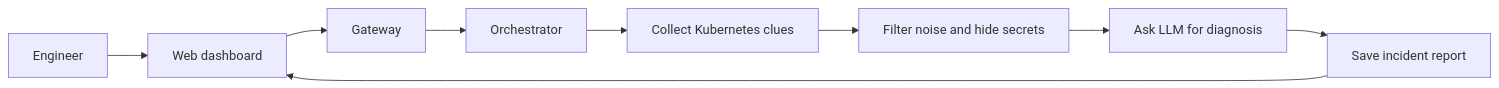
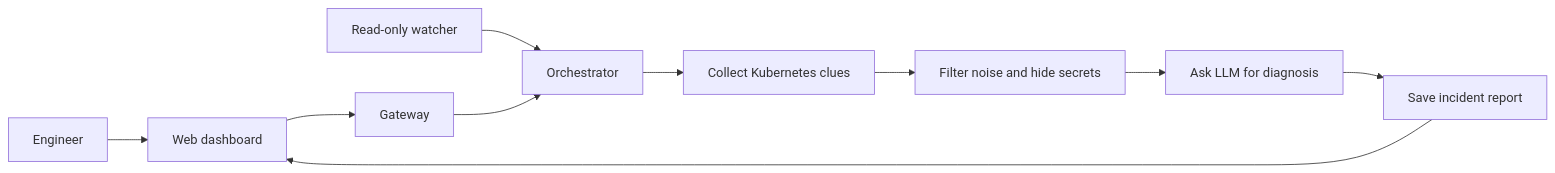
The diagram in docs/ONE-PAGE-OVERVIEW.md (1hirak/k8s-llm-incident-analyser-v2), drawn with Mermaid before and after one commit. The commit also changed other lines of this file and 9 other files, not shown here.

````diff
--- a/docs/ONE-PAGE-OVERVIEW.md
+++ b/docs/ONE-PAGE-OVERVIEW.md
@@ -24,11 +26,12 @@
 ```mermaid
 flowchart LR
     User[Engineer] --> UI[Web dashboard]
+    Watcher[Read-only watcher] --> Orchestrator
     UI --> Gateway[Gateway]
     Gateway --> Orchestrator[Orchestrator]
     Orchestrator --> Collector[Collect Kubernetes clues]
     Collector --> Processor[Filter noise and hide secrets]
     Processor --> LLM[Ask LLM for diagnosis]
     LLM --> Reports[Save incident report]
     Reports --> UI
 ```
````
